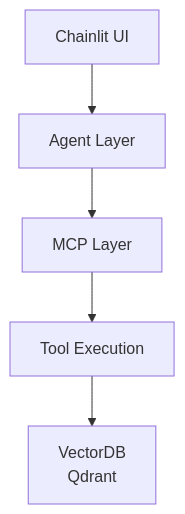
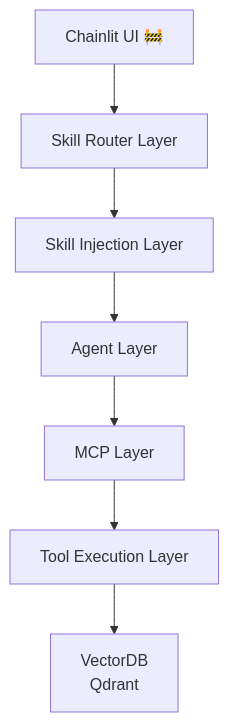
Before and after one commit to AshengLin/agent-retrieval-system: the diagram in README.md, drawn with Mermaid. The commit also changed other lines of this file and 6 other files, not shown here.

Commit message:
feat: add skill routing and dynamic prompt injection

````diff
--- a/README.md
+++ b/README.md
@@ -31,8 +31,10 @@
 ```mermaid
 flowchart TB
-    UI[Chainlit UI] 
+    UI[Chainlit UI 🚧]
+    --> Router[Skill Router Layer]
+    --> Skills[Skill Injection Layer]
     --> Agent[Agent Layer]
     --> MCP[MCP Layer]
-    --> Tool[Tool Execution]
+    --> Tool[Tool Execution Layer]
     --> VDB[VectorDB<br/>Qdrant]
 ```
````
